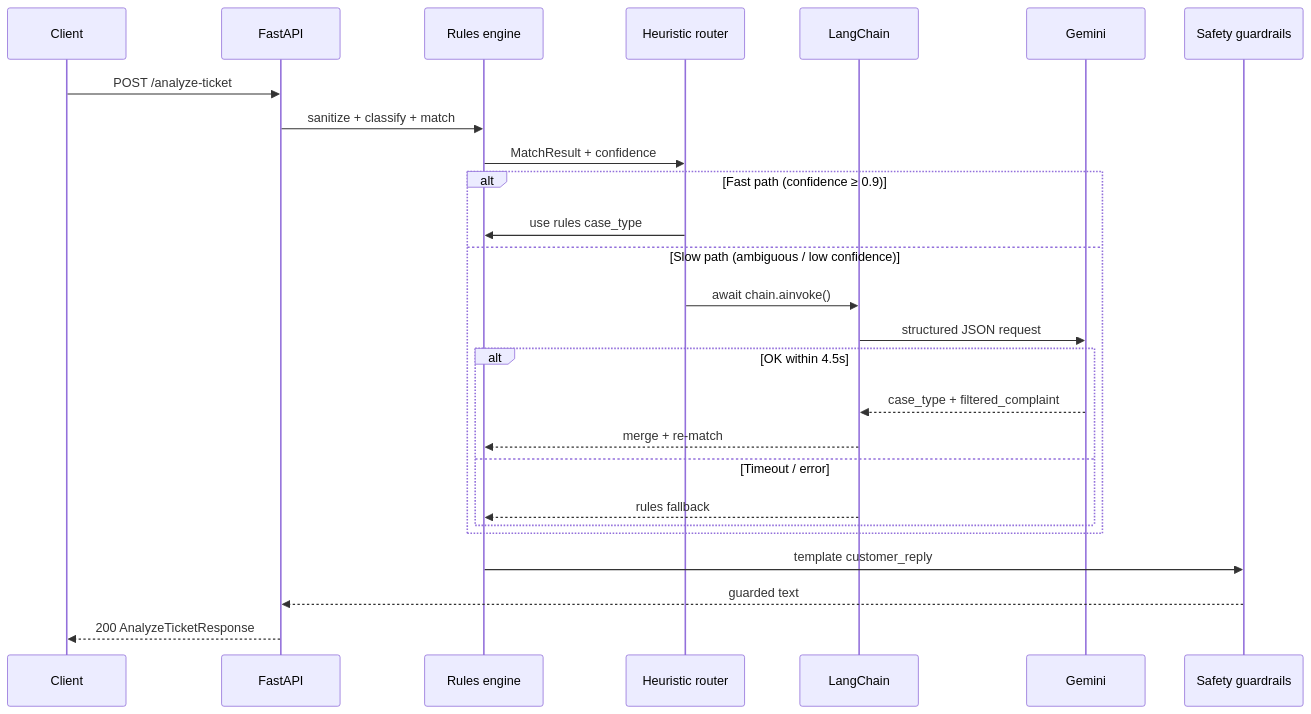
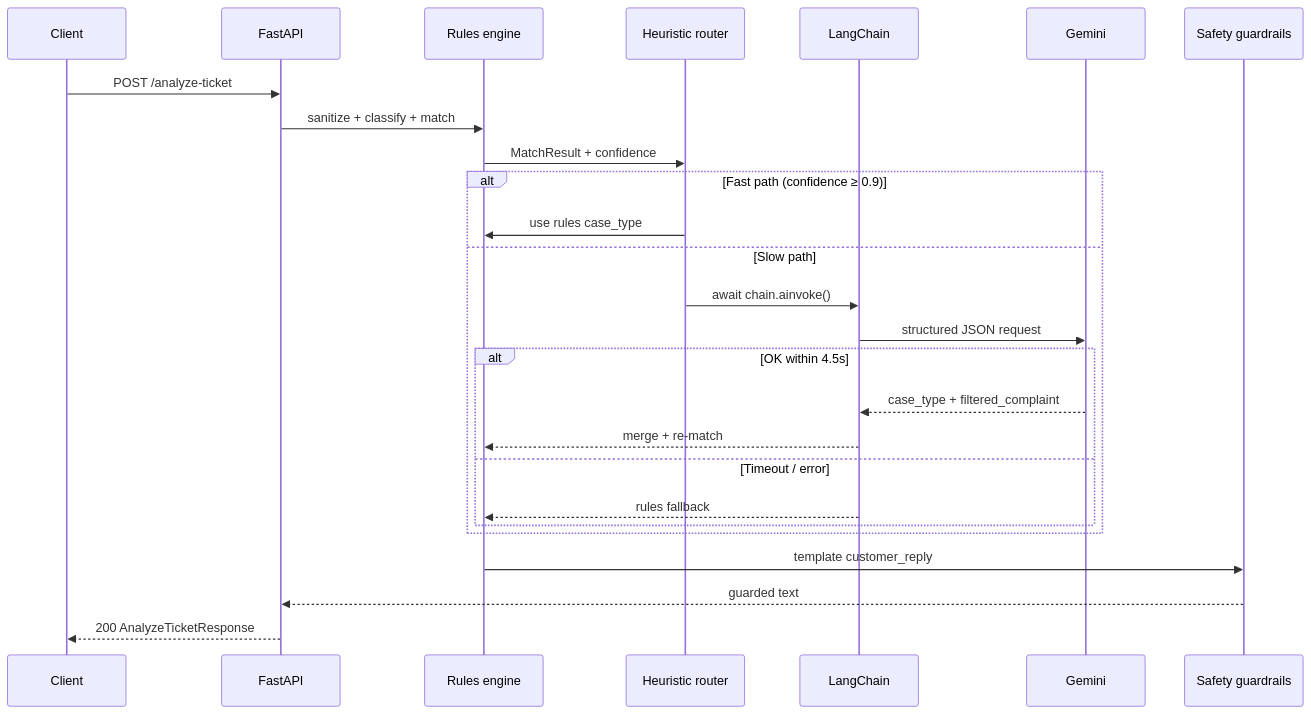
Before and after one commit to Ibtida01/SUST_Preli: the fourth of 4 diagrams in docs/ARCHITECTURE.md, drawn with Mermaid. The commit also changed other lines of this file and 14 other files, not shown here.

Commit message:
architecture file fixed

````diff
--- a/docs/ARCHITECTURE.md
+++ b/docs/ARCHITECTURE.md
@@ -106,31 +90,31 @@
 ```mermaid
 sequenceDiagram
     participant Client
     participant API as FastAPI
     participant Rules as Rules engine
     participant Router as Heuristic router
     participant LC as LangChain
     participant Gemini
     participant Safe as Safety guardrails
 
     Client->>API: POST /analyze-ticket
     API->>Rules: sanitize + classify + match
     Rules->>Router: MatchResult + confidence
 
     alt Fast path (confidence ≥ 0.9)
         Router->>Rules: use rules case_type
-    else Slow path (ambiguous / low confidence)
+    else Slow path
         Router->>LC: await chain.ainvoke()
         LC->>Gemini: structured JSON request
         alt OK within 4.5s
             Gemini-->>LC: case_type + filtered_complaint
             LC-->>Rules: merge + re-match
         else Timeout / error
             LC-->>Rules: rules fallback
         end
     end
 
     Rules->>Safe: template customer_reply
     Safe-->>API: guarded text
     API-->>Client: 200 AnalyzeTicketResponse
 ```
````
